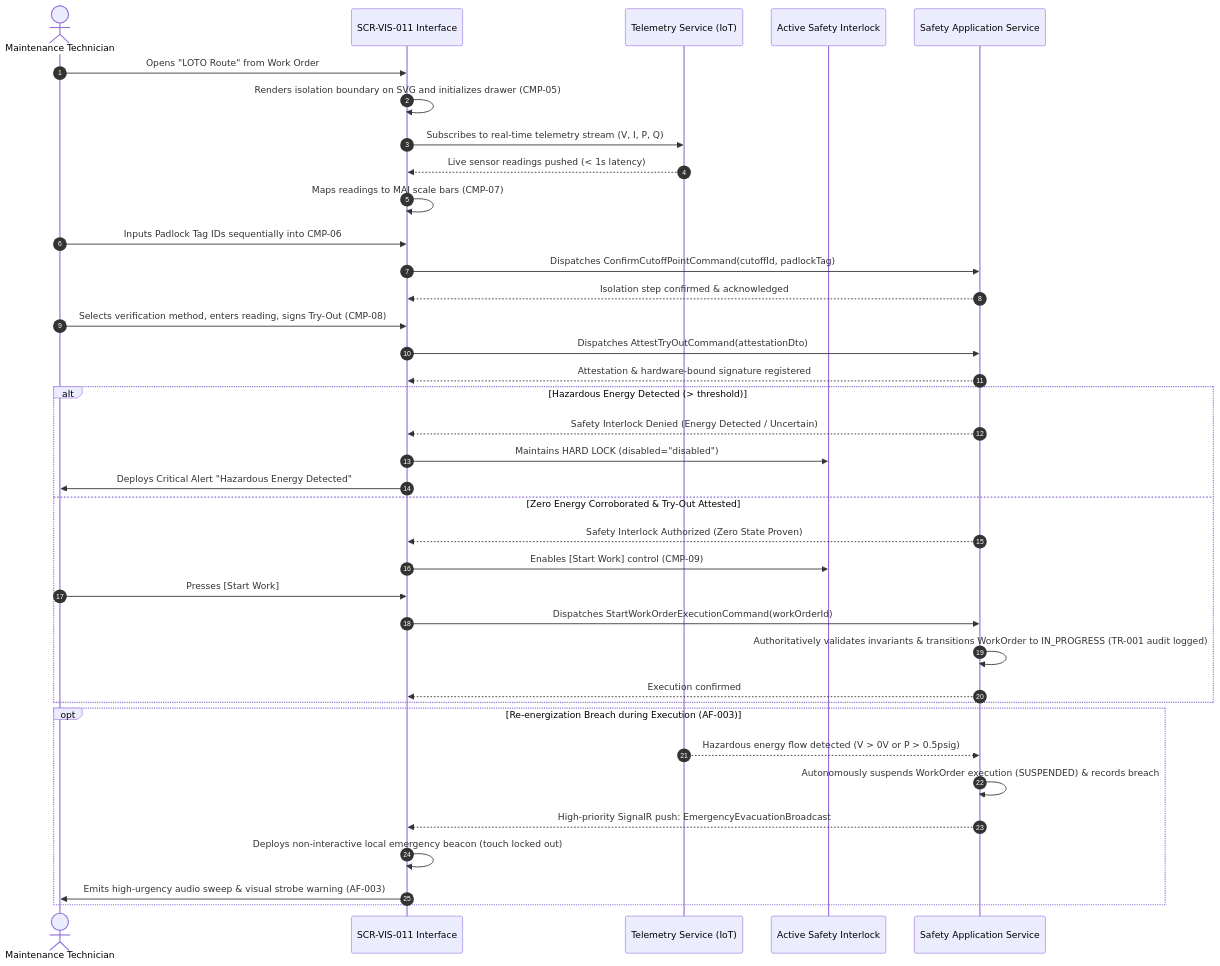
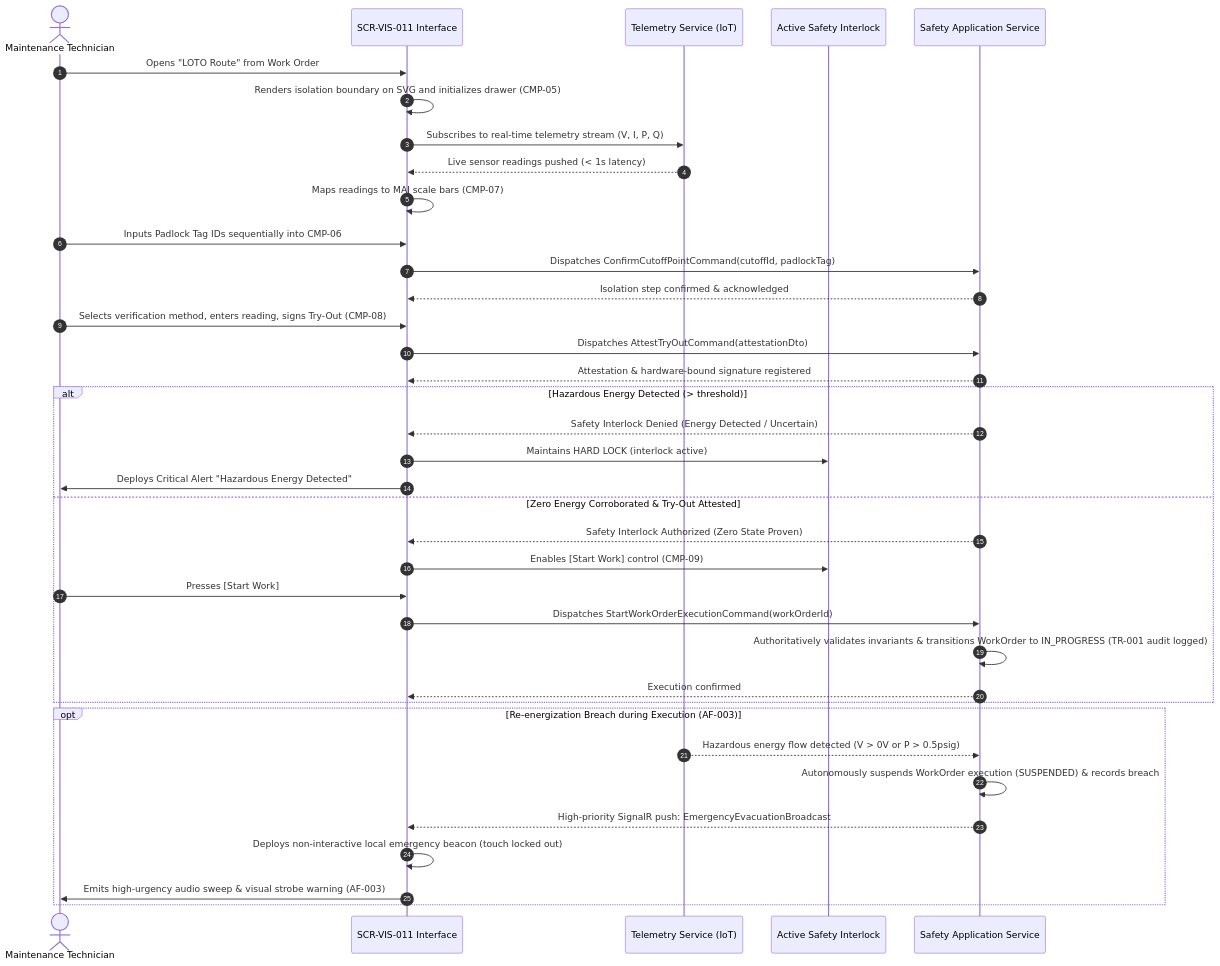
One commit to Novav20/adso-dteam-docs changed the diagram in ui-ux/screens/vis/SCR-VIS-011.md. Above: the diagram before and after it, drawn with Mermaid. The commit also changed other lines of this file, not shown here.

````diff
--- a/ui-ux/screens/vis/SCR-VIS-011.md
+++ b/ui-ux/screens/vis/SCR-VIS-011.md
@@ -86,44 +87,44 @@
 ```mermaid
 sequenceDiagram
     autonumber
     actor Tech as Maintenance Technician
     participant UI as SCR-VIS-011 Interface
     participant IoT as Telemetry Service (IoT)
     participant SEC as Active Safety Interlock
     participant API as Safety Application Service
 
     Tech->>UI: Opens "LOTO Route" from Work Order
     UI->>UI: Renders isolation boundary on SVG and initializes drawer (CMP-05)
     UI->>IoT: Subscribes to real-time telemetry stream (V, I, P, Q)
     IoT-->>UI: Live sensor readings pushed (< 1s latency)
     UI->>UI: Maps readings to MAI scale bars (CMP-07)
     
     Tech->>UI: Inputs Padlock Tag IDs sequentially into CMP-06
     UI->>API: Dispatches ConfirmCutoffPointCommand(cutoffId, padlockTag)
     API-->>UI: Isolation step confirmed & acknowledged
     
     Tech->>UI: Selects verification method, enters reading, signs Try-Out (CMP-08)
     UI->>API: Dispatches AttestTryOutCommand(attestationDto)
     API-->>UI: Attestation & hardware-bound signature registered
     
     alt Hazardous Energy Detected (> threshold)
         API-->>UI: Safety Interlock Denied (Energy Detected / Uncertain)
-        UI->>SEC: Maintains HARD LOCK (disabled="disabled")
+        UI->>SEC: Maintains HARD LOCK (interlock active)
         UI->>Tech: Deploys Critical Alert "Hazardous Energy Detected"
     else Zero Energy Corroborated & Try-Out Attested
         API-->>UI: Safety Interlock Authorized (Zero State Proven)
         UI->>SEC: Enables [Start Work] control (CMP-09)
         Tech->>UI: Presses [Start Work]
         UI->>API: Dispatches StartWorkOrderExecutionCommand(workOrderId)
         API->>API: Authoritatively validates invariants & transitions WorkOrder to IN_PROGRESS (TR-001 audit logged)
         API-->>UI: Execution confirmed
     end
 
     opt Re-energization Breach during Execution (AF-003)
         IoT-->>API: Hazardous energy flow detected (V > 0V or P > 0.5psig)
         API->>API: Autonomously suspends WorkOrder execution (SUSPENDED) & records breach
         API-->>UI: High-priority SignalR push: EmergencyEvacuationBroadcast
         UI->>UI: Deploys non-interactive local emergency beacon (touch locked out)
         UI->>Tech: Emits high-urgency audio sweep & visual strobe warning (AF-003)
     end
 ```
````
